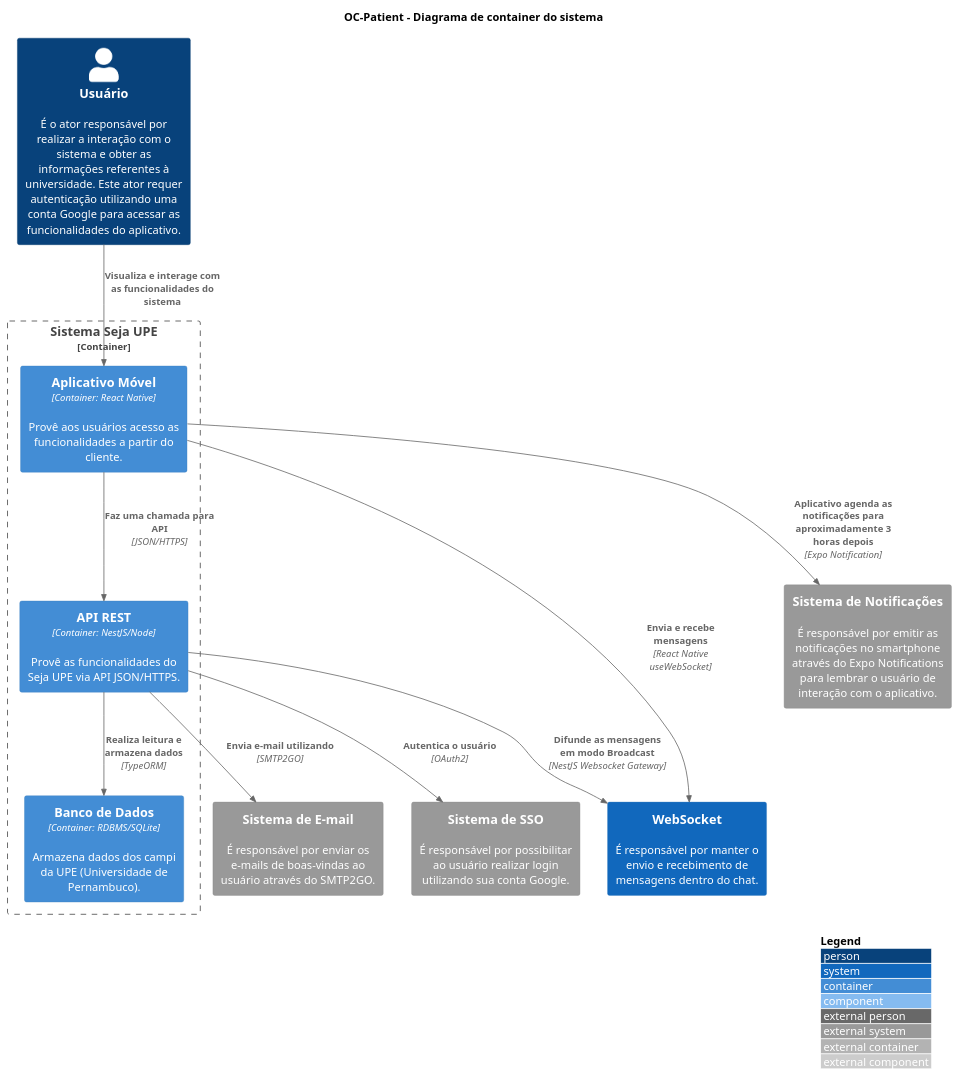
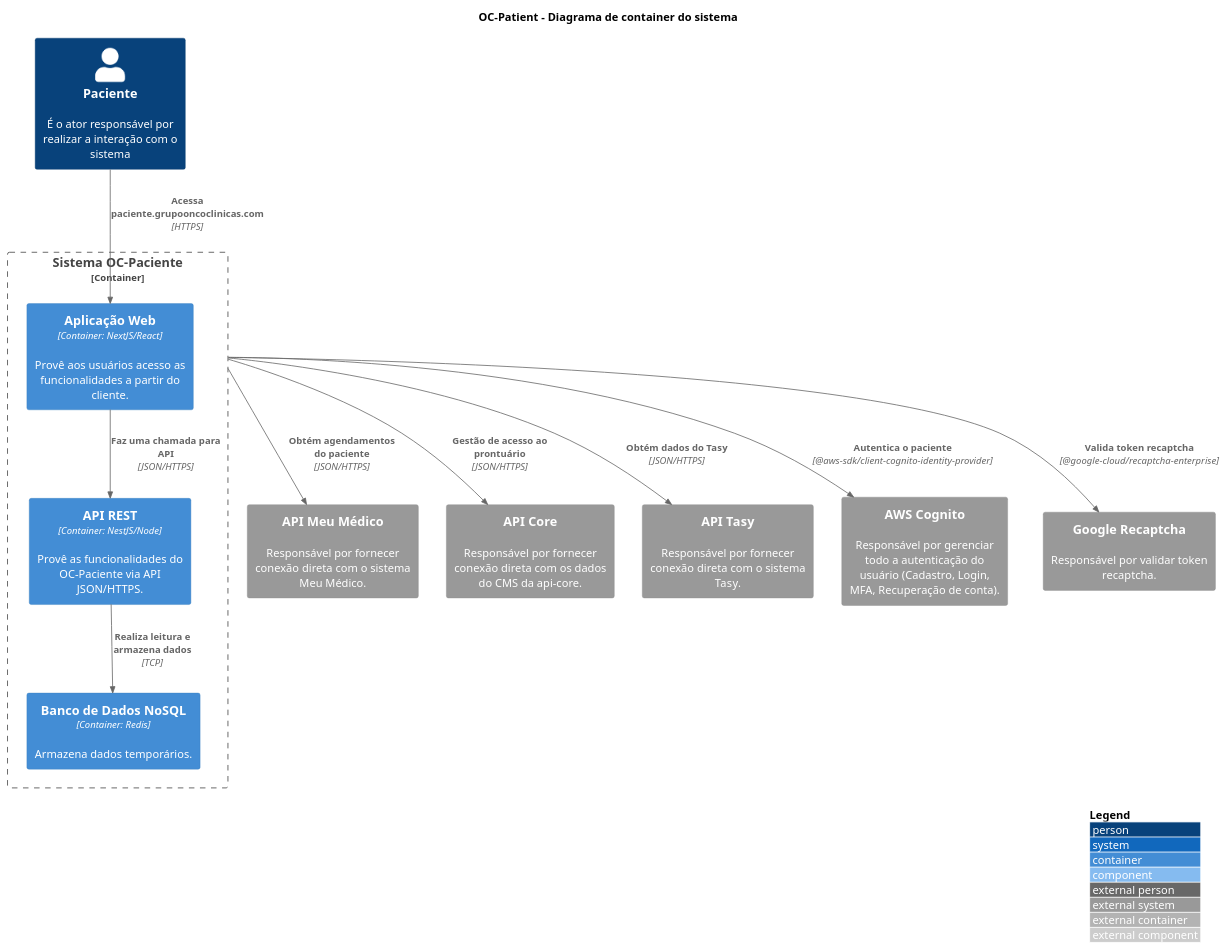
The diagram in src/C1. Visão Geral/C2. Sistema/containers.puml (luizggbasedigital/poc-oc-docs), drawn with PlantUML before and after one commit. The commit also changed 1 other file, not shown here.

Commit message:
docs: create container diagram

```diff
--- a/src/C1. Visão Geral/C2. Sistema/containers.puml
+++ b/src/C1. Visão Geral/C2. Sistema/containers.puml
@@ -1,34 +1,39 @@
 @startuml "Container Diagram"
 
 title "OC-Patient - Diagrama de container do sistema"
 
 !include https://raw.githubusercontent.com/adrianvlupu/C4-PlantUML/latest/C4_Component.puml
 
 LAYOUT_WITH_LEGEND()
 
 skinparam backgroundcolor transparent
 
-Person(ActorUser, "Usuário", "É o ator responsável por realizar a interação com o sistema e obter as informações referentes à universidade. Este ator requer autenticação utilizando uma conta Google para acessar as funcionalidades do aplicativo.")
+/'Actors'/
+Person(ActorPatient, "Paciente", "É o ator responsável por realizar a interação com o sistema")
 
-Container_Boundary(SystemSejaUPE, "Sistema Seja UPE") {
-  Container(ContainerMobileApp, "Aplicativo Móvel", "Container: React Native", "Provê aos usuários acesso as funcionalidades a partir do cliente.")
-  Container(ContainerServerApi, "API REST", "Container: NestJS/Node", "Provê as funcionalidades do Seja UPE via API JSON/HTTPS.")
-  Container(ContainerDatabase, "Banco de Dados", "Container: RDBMS/SQLite", "Armazena dados dos campi da UPE (Universidade de Pernambuco).")
-  
-  Rel(ContainerServerApi, ContainerDatabase, "Realiza leitura e armazena dados", "TypeORM")
-  Rel(ContainerMobileApp, ContainerServerApi, "Faz uma chamada para API", "JSON/HTTPS")
+/'Internal Systems'/
+Container_Boundary(SystemOCPatient, "Sistema OC-Paciente") {
+  Container(ContainerWebApp, "Aplicação Web", "Container: NextJS/React", "Provê aos usuários acesso as funcionalidades a partir do cliente.")
+  Container(ContainerServerApi, "API REST", "Container: NestJS/Node", "Provê as funcionalidades do OC-Paciente via API JSON/HTTPS.")
+  Container(ContainerDatabaseRedis, "Banco de Dados NoSQL", "Container: Redis", "Armazena dados temporários.")
+
+  Rel(ActorPatient, ContainerWebApp, "Acessa paciente.grupooncoclinicas.com", "HTTPS")
+  Rel(ContainerServerApi, ContainerDatabaseRedis, "Realiza leitura e armazena dados", "TCP")
+  Rel(ContainerWebApp, ContainerServerApi, "Faz uma chamada para API", "JSON/HTTPS")
 }
 
-System(SystemWebsocket, "WebSocket", "É responsável por manter o envio e recebimento de mensagens dentro do chat.")
-System_Ext(SystemSmtp, "Sistema de E-mail", "É responsável por enviar os e-mails de boas-vindas ao usuário através do SMTP2GO.")
-System_Ext(SystemNotification, "Sistema de Notificações", "É responsável por emitir as notificações no smartphone através do Expo Notifications para lembrar o usuário de interação com o aplicativo.")
-System_Ext(SystemOAuth2, "Sistema de SSO", "É responsável por possibilitar ao usuário realizar login utilizando sua conta Google.")
+/'External Systems'/
+System_Ext(SystemMyPhysicianApi, "API Meu Médico", "Responsável por fornecer conexão direta com o sistema Meu Médico.")
+System_Ext(SystemCMSApi, "API Core", "Responsável por fornecer conexão direta com os dados do CMS da api-core.")
+System_Ext(SystemTasyApi, "API Tasy", "Responsável por fornecer conexão direta com o sistema Tasy.")
+System_Ext(SystemAWSCognito, "AWS Cognito", "Responsável por gerenciar todo a autenticação do usuário (Cadastro, Login, MFA, Recuperação de conta).")
+System_Ext(SystemGoogleRecaptcha, "Google Recaptcha", "Responsável por validar token recaptcha.")
 
-Rel(ActorUser, ContainerMobileApp, "Visualiza e interage com as funcionalidades do sistema")
-Rel(ContainerMobileApp, SystemNotification, "Aplicativo agenda as notificações para aproximadamente 3 horas depois", "Expo Notification")
-Rel(ContainerMobileApp, SystemWebsocket, "Envia e recebe mensagens", "React Native useWebSocket")
-Rel(ContainerServerApi, SystemWebsocket, "Difunde as mensagens em modo Broadcast", "NestJS Websocket Gateway")
-Rel(ContainerServerApi, SystemOAuth2, "Autentica o usuário", "OAuth2")
-Rel(ContainerServerApi, SystemSmtp, "Envia e-mail utilizando", "SMTP2GO")
+/'Relations'/
+Rel(SystemOCPatient, SystemGoogleRecaptcha, "Valida token recaptcha", "@google-cloud/recaptcha-enterprise")
+Rel(SystemOCPatient, SystemAWSCognito, "Autentica o paciente", "@aws-sdk/client-cognito-identity-provider")
+Rel(SystemOCPatient, SystemMyPhysicianApi, "Obtém agendamentos do paciente", "JSON/HTTPS")
+Rel(SystemOCPatient, SystemTasyApi, "Obtém dados do Tasy", "JSON/HTTPS")
+Rel(SystemOCPatient, SystemCMSApi, "Gestão de acesso ao prontuário", "JSON/HTTPS")
 
 @enduml
```
